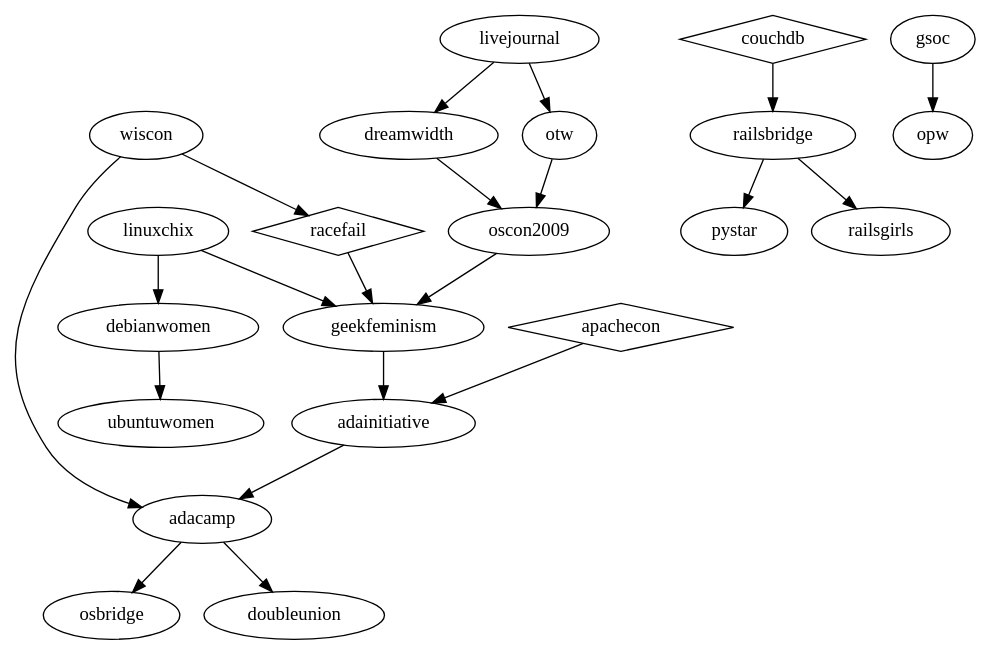
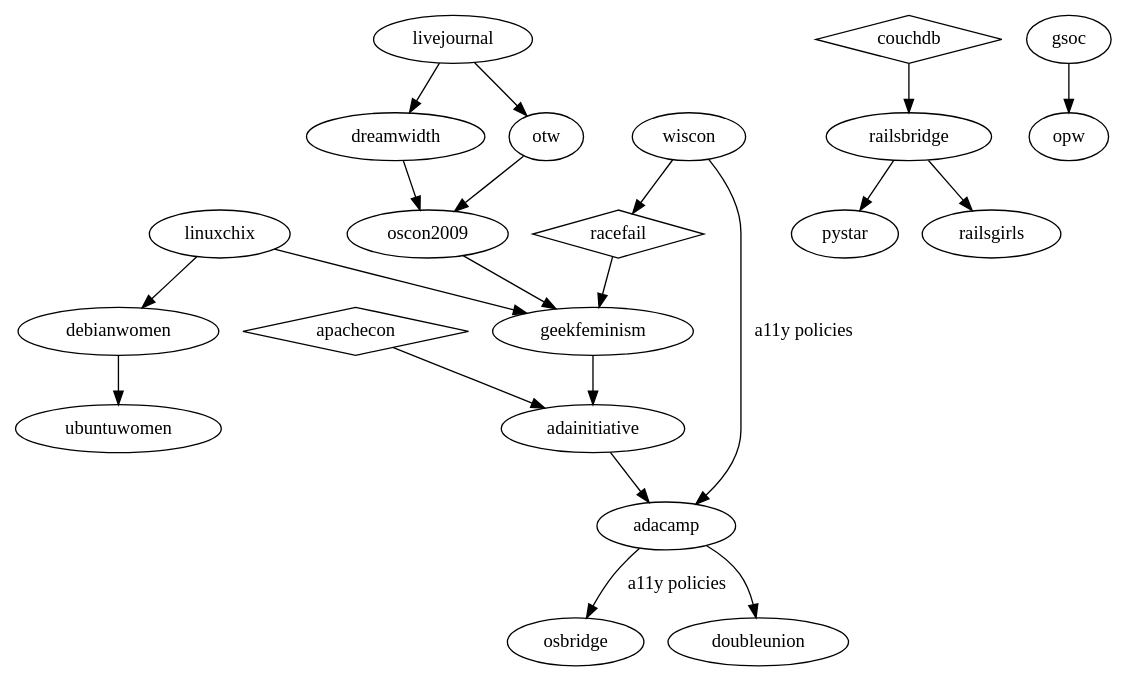
Before and after one commit to brainwane/gf-family-tree: the diagram in gfft.dot, drawn with Graphviz.

Commit message:
this is how we label edges (still needs work)

```diff
--- a/gfft.dot
+++ b/gfft.dot
@@ -1,60 +1,60 @@
 digraph G {
 
   /*
      The following shapes are used for different types of things:
      oval = geek feminist/women-in-tech/etc organisation
      diamond = event/incident (cf. GF wiki "Timeline of Incidents")
   */
 
   /* Skud set up the GF wiki in 2008, mostly inspired by earlier "women
    * in open source" communities such as linuxchix */
   linuxchix -> geekfeminism;
 
   /* in 2009, Racefail introduced Skud and other GF wiki contributors to
    * a lot of new ideas */
   racefail -> geekfeminism;
   racefail [shape=diamond];
 
   /* in 2010, the Noirin Plunkett's assault at ApacheCon triggered
    * discussions about anti-harassment that would lead to the formation
    * of the Ada Initiative */
   apachecon -> adainitiative;
   apachecon [shape=diamond];
 
   geekfeminism -> adainitiative;
   adainitiative -> adacamp;
 
   /* Adacamp was inspired in some ways by Wiscon, eg. accessibility */
-  wiscon -> adacamp;
+  wiscon -> adacamp [label="a11y policies"];
   /* and then open source bridge picked up some of that from adacamp */
-  adacamp -> osbridge;
+  adacamp -> osbridge [label="a11y policies"];
 
   /* DoubleUnion came out of AdaCamp SF in 2012 */
   adacamp -> doubleunion;
 
   /* Various early women-in-open-source mailing lists etc */
   linuxchix -> debianwomen;
   debianwomen -> ubuntuwomen;
 
   /* RailsBridge happened in response to the CouchDB incident at
    * GoGaRuCo */
   couchdb -> railsbridge;
   couchdb [shape=diamond];
   railsbridge -> pystar;
   railsbridge -> railsgirls;
 
   gsoc -> opw;
   wiscon -> racefail;
 
   /* Livejournal (esp. their fail) inspired DW and OTW */
   livejournal -> dreamwidth;
   livejournal -> otw;
 
   /* Dreamwidth and OTW inspired Skud's 2009 OSCON keynote */
   dreamwidth -> oscon2009;
   otw -> oscon2009;
 
   /* GF blog came out of the oscon2009 keynote, as a place to have
    * ongoing conversations */
   oscon2009 -> geekfeminism;
 }
```
